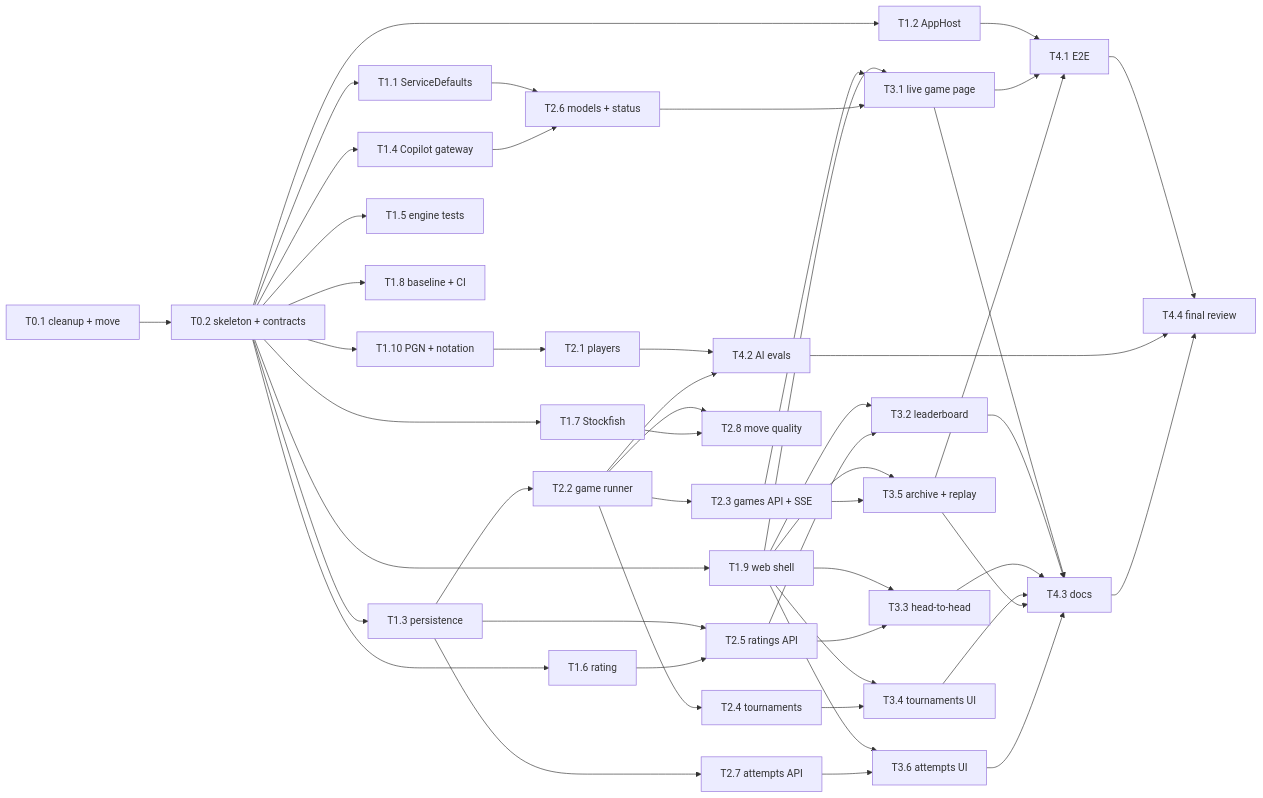
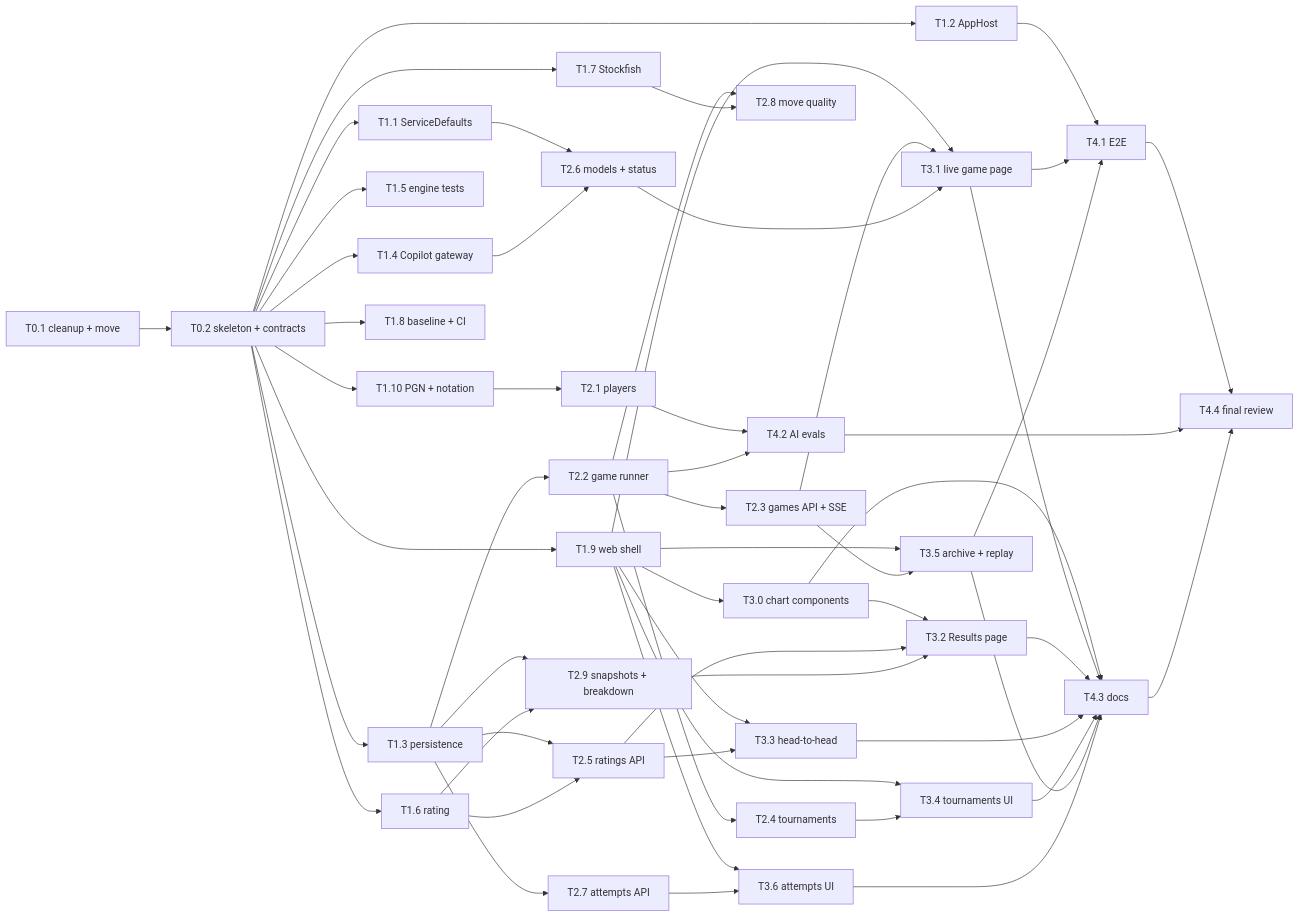
The diagram in docs/architecture/04-MIGRATION-PLAN.md (konradcinkusz/llm-multi-agent-chess), drawn with Mermaid before and after one commit. The commit also changed other lines of this file and 3 other files, not shown here.

First line of the commit message:
docs: persist everything in Postgres, Results page with Big Picture chart first

````diff
--- a/docs/architecture/04-MIGRATION-PLAN.md
+++ b/docs/architecture/04-MIGRATION-PLAN.md
@@ -24,23 +24,25 @@
 ```mermaid
 flowchart LR
     T01[T0.1 cleanup + move] --> T02[T0.2 skeleton + contracts]
     T02 --> T11[T1.1 ServiceDefaults] & T12[T1.2 AppHost] & T13[T1.3 persistence] & T14[T1.4 Copilot gateway]
     T02 --> T15[T1.5 engine tests] & T16[T1.6 rating] & T17[T1.7 Stockfish] & T18[T1.8 baseline + CI]
     T02 --> T19[T1.9 web shell] & T110[T1.10 PGN + notation]
     T110 --> T21[T2.1 players]
     T13 --> T22[T2.2 game runner]
     T22 --> T23[T2.3 games API + SSE] & T24[T2.4 tournaments] & T28[T2.8 move quality]
     T17 --> T28
-    T13 & T16 --> T25[T2.5 ratings API]
+    T13 & T16 --> T25[T2.5 ratings API] & T29[T2.9 snapshots + breakdown]
     T11 & T14 --> T26[T2.6 models + status]
     T13 --> T27[T2.7 attempts API]
     T19 & T23 & T26 --> T31[T3.1 live game page]
-    T19 & T25 --> T32[T3.2 leaderboard] & T33[T3.3 head-to-head]
+    T19 --> T30[T3.0 chart components]
+    T30 & T25 & T29 --> T32[T3.2 Results page]
+    T19 & T25 --> T33[T3.3 head-to-head]
     T19 & T24 --> T34[T3.4 tournaments UI]
     T19 & T23 --> T35[T3.5 archive + replay]
     T19 & T27 --> T36[T3.6 attempts UI]
     T12 & T31 & T35 --> T41[T4.1 E2E]
     T21 & T22 --> T42[T4.2 AI evals]
-    T31 & T32 & T33 & T34 & T35 & T36 --> T43[T4.3 docs]
+    T30 & T31 & T32 & T33 & T34 & T35 & T36 --> T43[T4.3 docs]
     T41 & T42 & T43 --> T44[T4.4 final review]
 ```
````
